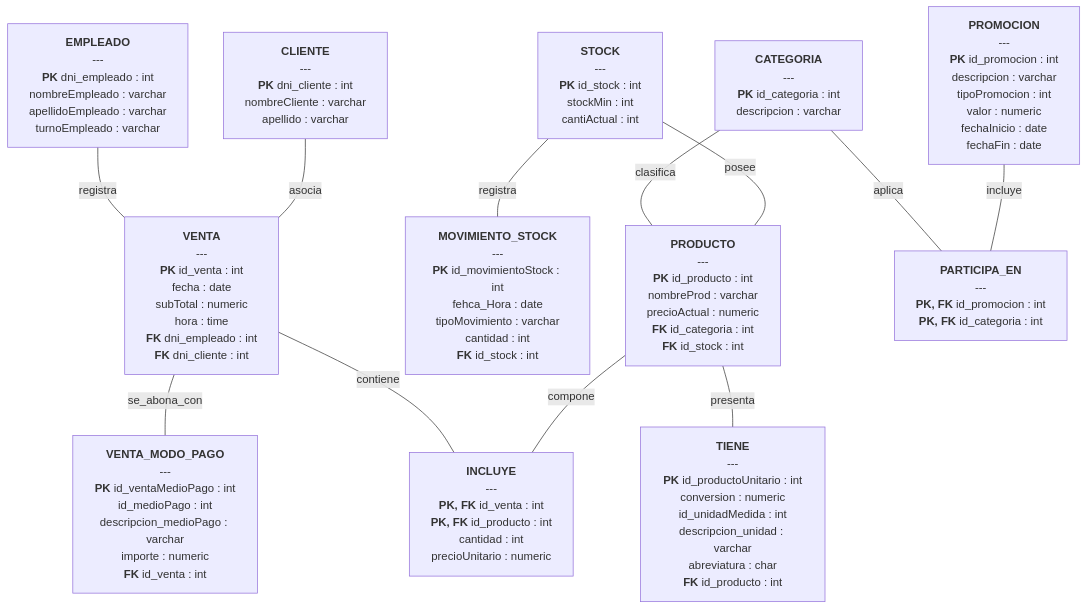
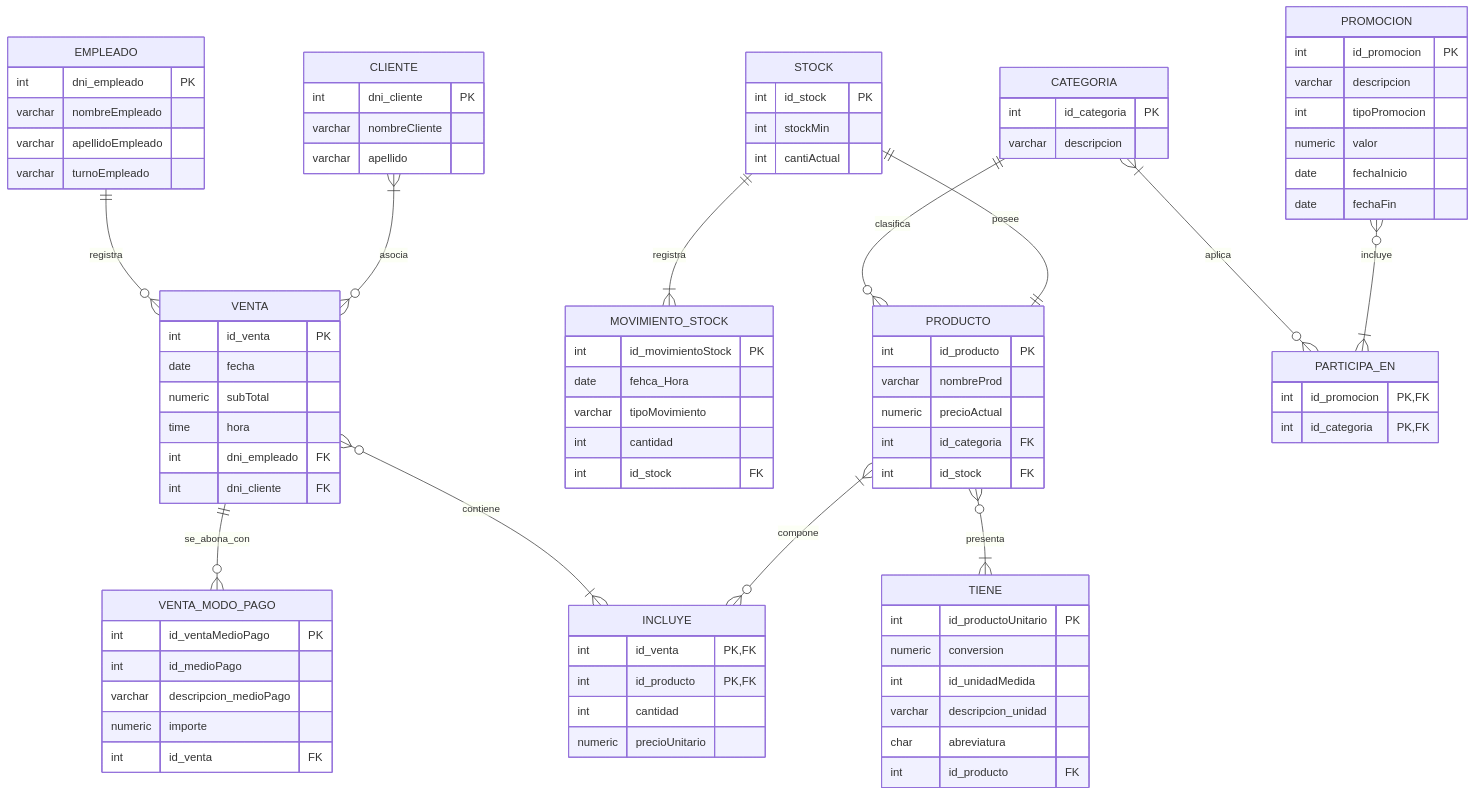
The diagram in imagenes/erdplus imagen 2.md (sofinazaret6-gif/proyecto-bd1-equipo-29), drawn with Mermaid before and after one commit.

Commit message:
imagenes: Se modifica el (edrplus imagen 2.md), se cambio del formato flowchar TD a erDiagram para incluir las cardinalidades

````diff
--- a/imagenes/erdplus imagen 2.md
+++ b/imagenes/erdplus imagen 2.md
@@ -1,101 +1,101 @@
 ```mermaid
-flowchart TD
-    CLIENTE["`**CLIENTE**
-    ---
-    **PK** dni_cliente : int
-    nombreCliente : varchar
-    apellido : varchar`"]
+erDiagram
+    CLIENTE {
+        int dni_cliente PK
+        varchar nombreCliente
+        varchar apellido
+    }
 
-    EMPLEADO["`**EMPLEADO**
-    ---
-    **PK** dni_empleado : int
-    nombreEmpleado : varchar
-    apellidoEmpleado : varchar
-    turnoEmpleado : varchar`"]
+    EMPLEADO {
+        int dni_empleado PK
+        varchar nombreEmpleado
+        varchar apellidoEmpleado
+        varchar turnoEmpleado
+    }
 
-    PROMOCION["`**PROMOCION**
-    ---
-    **PK** id_promocion : int
-    descripcion : varchar
-    tipoPromocion : int
-    valor : numeric
-    fechaInicio : date
-    fechaFin : date`"]
+    PROMOCION {
+        int id_promocion PK
+        varchar descripcion
+        int tipoPromocion
+        numeric valor
+        date fechaInicio
+        date fechaFin
+    }
 
-    CATEGORIA["`**CATEGORIA**
-    ---
-    **PK** id_categoria : int
-    descripcion : varchar`"]
+    CATEGORIA {
+        int id_categoria PK
+        varchar descripcion
+    }
 
-    STOCK["`**STOCK**
-    ---
-    **PK** id_stock : int
-    stockMin : int
-    cantiActual : int`"]
+    STOCK {
+        int id_stock PK
+        int stockMin
+        int cantiActual
+    }
 
-    PRODUCTO["`**PRODUCTO**
-    ---
-    **PK** id_producto : int
-    nombreProd : varchar
-    precioActual : numeric
-    **FK** id_categoria : int
-    **FK** id_stock : int`"]
+    PRODUCTO {
+        int id_producto PK
+        varchar nombreProd
+        numeric precioActual
+        int id_categoria FK
+        int id_stock FK
+    }
 
-    TIENE["`**TIENE**
-    ---
-    **PK** id_productoUnitario : int
-    conversion : numeric
-    id_unidadMedida : int
-    descripcion_unidad : varchar
-    abreviatura : char
-    **FK** id_producto : int`"]
+    TIENE {
+        int id_productoUnitario PK
+        numeric conversion
+        int id_unidadMedida
+        varchar descripcion_unidad
+        char abreviatura
+        int id_producto FK
+    }
 
-    MOVIMIENTO_STOCK["`**MOVIMIENTO_STOCK**
-    ---
-    **PK** id_movimientoStock : int
-    fehca_Hora : date
-    tipoMovimiento : varchar
-    cantidad : int
-    **FK** id_stock : int`"]
+    MOVIMIENTO_STOCK {
+        int id_movimientoStock PK
+        date fehca_Hora
+        varchar tipoMovimiento
+        int cantidad
+        int id_stock FK
+    }
 
-    VENTA["`**VENTA**
-    ---
-    **PK** id_venta : int
-    fecha : date
-    subTotal : numeric
-    hora : time
-    **FK** dni_empleado : int
-    **FK** dni_cliente : int`"]
+    VENTA {
+        int id_venta PK
+        date fecha
+        numeric subTotal
+        time hora
+        int dni_empleado FK
+        int dni_cliente FK
+    }
 
-    INCLUYE["`**INCLUYE**
-    ---
-    **PK, FK** id_venta : int
-    **PK, FK** id_producto : int
-    cantidad : int
-    precioUnitario : numeric`"]
+    INCLUYE {
+        int id_venta PK, FK
+        int id_producto PK, FK
+        int cantidad
+        numeric precioUnitario
+    }
 
-    VENTA_MODO_PAGO["`**VENTA_MODO_PAGO**
-    ---
-    **PK** id_ventaMedioPago : int
-    id_medioPago : int
-    descripcion_medioPago : varchar
-    importe : numeric
-    **FK** id_venta : int`"]
+    VENTA_MODO_PAGO {
+        int id_ventaMedioPago PK
+        int id_medioPago
+        varchar descripcion_medioPago
+        numeric importe
+        int id_venta FK
+    }
 
-    PARTICIPA_EN["`**PARTICIPA_EN**
-    ---
-    **PK, FK** id_promocion : int
-    **PK, FK** id_categoria : int`"]
+    PARTICIPA_EN {
+        int id_promocion PK, FK
+        int id_categoria PK, FK
+    }
 
-    EMPLEADO ---|registra| VENTA
-    CLIENTE ---|asocia| VENTA
-    VENTA ---|se_abona_con| VENTA_MODO_PAGO
-    VENTA ---|contiene| INCLUYE
-    PRODUCTO ---|compone| INCLUYE
-    CATEGORIA ---|clasifica| PRODUCTO
-    STOCK ---|posee| PRODUCTO
-    STOCK ---|registra| MOVIMIENTO_STOCK
-    CATEGORIA ---|aplica| PARTICIPA_EN
-    PROMOCION ---|incluye| PARTICIPA_EN
-    PRODUCTO ---|presenta| TIENE
+    EMPLEADO ||--o{ VENTA : registra
+    CLIENTE }|--o{ VENTA : asocia
+    VENTA ||--o{ VENTA_MODO_PAGO : se_abona_con
+    VENTA }o--|{ INCLUYE : contiene
+    PRODUCTO }|--o{ INCLUYE : compone
+    CATEGORIA ||--o{ PRODUCTO : clasifica
+    STOCK ||--|| PRODUCTO : posee
+    STOCK ||--|{ MOVIMIENTO_STOCK : registra
+    CATEGORIA }|--o{ PARTICIPA_EN : aplica
+    PROMOCION }o--|{ PARTICIPA_EN : incluye
+    PRODUCTO }o--|{ TIENE : presenta
 ```
````
